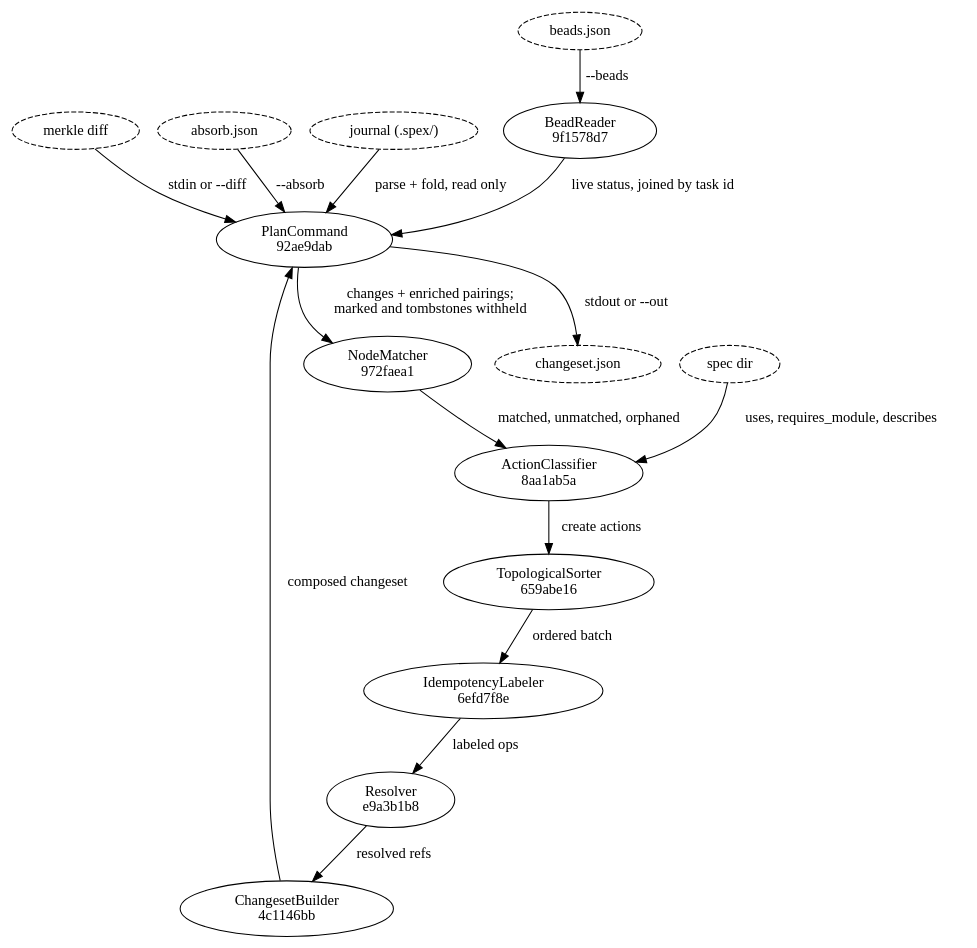
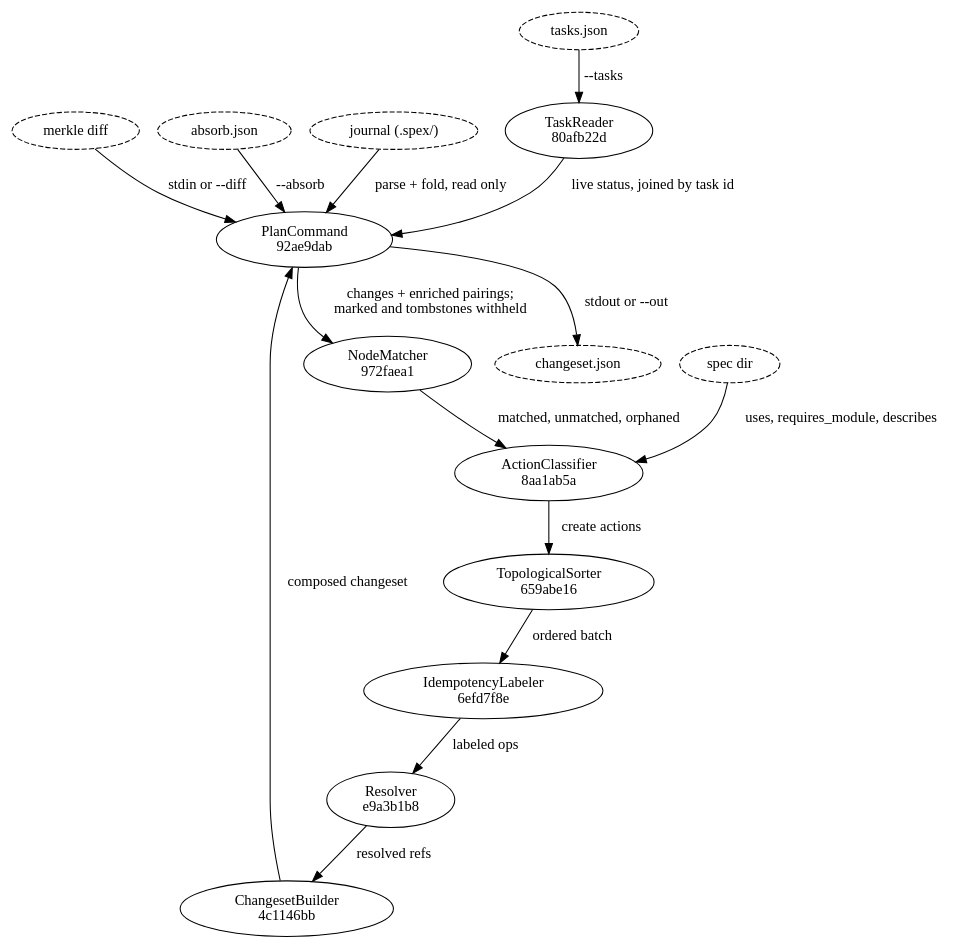
The second of 2 diagrams in spec/plan/flow_plan.md (dmitriyb/spexmachina), drawn with Graphviz before and after one commit. The commit also changed other lines of this file and 69 other files, not shown here.

Commit message:
Task lifecycle: plan decides create, close or retarget from a bounded task-state artifact, changeset v4 and receipts v2 speak tasks, and the corpus retires the tracker's noun

````diff
--- a/spec/plan/flow_plan.md
+++ b/spec/plan/flow_plan.md
@@ -58,33 +68,33 @@
 ```dot
 digraph plan_internals {
     "merkle diff"    [style=dashed];
-    "beads.json"     [style=dashed];
+    "tasks.json"     [style=dashed];
     "absorb.json"    [style=dashed];
     "journal (.spex/)"    [style=dashed];
     "spec dir"       [style=dashed];
-    "9f1578d7af6d"   [label="BeadReader\n9f1578d7"];
+    "80afb22dab75"   [label="TaskReader\n80afb22d"];
     "972faea162a6"   [label="NodeMatcher\n972faea1"];
     "8aa1ab5ac102"   [label="ActionClassifier\n8aa1ab5a"];
     "659abe167891"   [label="TopologicalSorter\n659abe16"];
     "6efd7f8ebdb2"   [label="IdempotencyLabeler\n6efd7f8e"];
     "e9a3b1b85953"   [label="Resolver\ne9a3b1b8"];
     "4c1146bb7287"   [label="ChangesetBuilder\n4c1146bb"];
     "92ae9dab6d6d"   [label="PlanCommand\n92ae9dab"];
     "changeset.json" [style=dashed];
 
-    "beads.json"     -> "9f1578d7af6d"  [label="--beads"];
-    "9f1578d7af6d"   -> "92ae9dab6d6d"  [label="live status, joined by task id"];
+    "tasks.json"     -> "80afb22dab75"  [label="--tasks"];
+    "80afb22dab75"   -> "92ae9dab6d6d"  [label="live status, joined by task id"];
     "merkle diff"    -> "92ae9dab6d6d"  [label="stdin or --diff"];
     "journal (.spex/)"    -> "92ae9dab6d6d"  [label="parse + fold, read only"];
     "92ae9dab6d6d"   -> "972faea162a6"  [label="changes + enriched pairings;\nmarked and tombstones withheld"];
     "972faea162a6"   -> "8aa1ab5ac102"  [label="matched, unmatched, orphaned"];
     "spec dir"       -> "8aa1ab5ac102"  [label="uses, requires_module, describes"];
     "8aa1ab5ac102"   -> "659abe167891"  [label="create actions"];
     "659abe167891"   -> "6efd7f8ebdb2"  [label="ordered batch"];
     "6efd7f8ebdb2"   -> "e9a3b1b85953"  [label="labeled ops"];
     "e9a3b1b85953"   -> "4c1146bb7287"  [label="resolved refs"];
     "4c1146bb7287"   -> "92ae9dab6d6d"  [label="composed changeset"];
     "absorb.json"    -> "92ae9dab6d6d"  [label="--absorb"];
     "92ae9dab6d6d"   -> "changeset.json" [label="stdout or --out"];
 }
 ```
````
